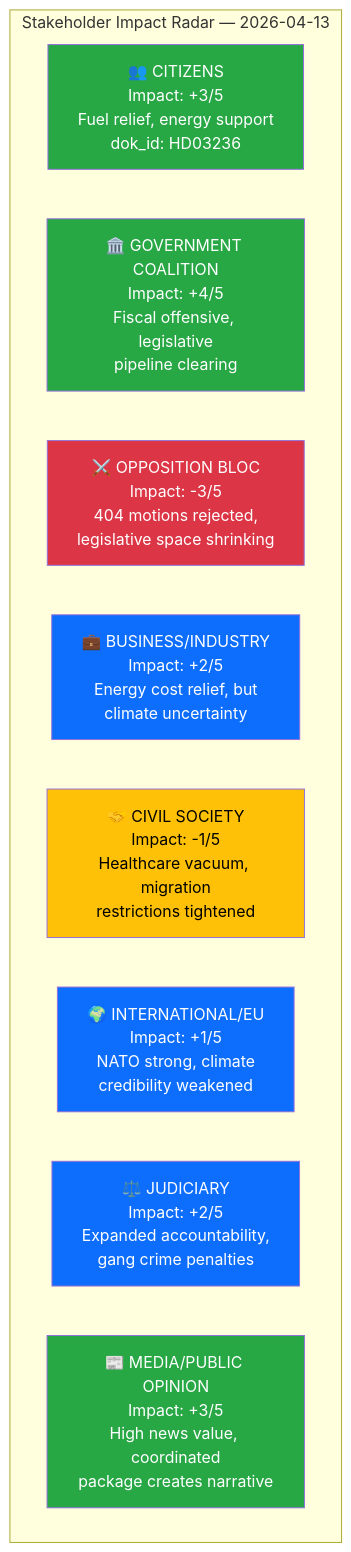
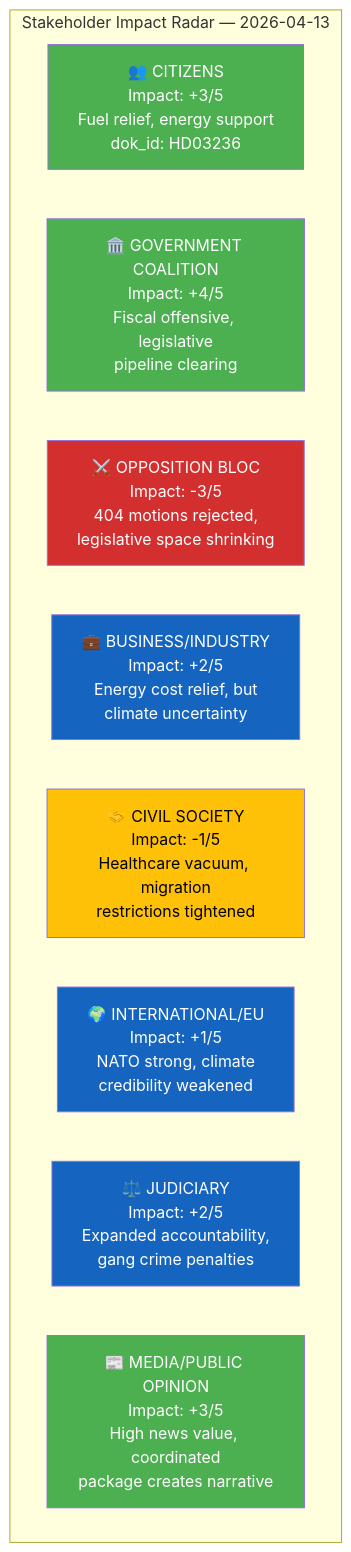
One commit to Hack23/riksdagsmonitor changed the diagram in analysis/daily/2026-04-13/evening-analysis/stakeholder-perspectives.md. Above: the diagram before and after it, drawn with Mermaid. The commit also changed 785 other files, not shown here.

First line of the commit message:
Normalize mermaid colors across 786 analysis artifacts to ISMS Style Guide palette

````diff
--- a/analysis/daily/2026-04-13/evening-analysis/stakeholder-perspectives.md
+++ b/analysis/daily/2026-04-13/evening-analysis/stakeholder-perspectives.md
@@ -16,21 +16,21 @@
 ```mermaid
 graph TD
     subgraph "Stakeholder Impact Radar — 2026-04-13"
         CIT["👥 CITIZENS<br/>Impact: +3/5<br/>Fuel relief, energy support<br/>dok_id: HD03236"]
         GOV["🏛️ GOVERNMENT COALITION<br/>Impact: +4/5<br/>Fiscal offensive, legislative<br/>pipeline clearing"]
         OPP["⚔️ OPPOSITION BLOC<br/>Impact: -3/5<br/>404 motions rejected,<br/>legislative space shrinking"]
         BIZ["💼 BUSINESS/INDUSTRY<br/>Impact: +2/5<br/>Energy cost relief, but<br/>climate uncertainty"]
         CIV["🤝 CIVIL SOCIETY<br/>Impact: -1/5<br/>Healthcare vacuum, migration<br/>restrictions tightened"]
         INT["🌍 INTERNATIONAL/EU<br/>Impact: +1/5<br/>NATO strong, climate<br/>credibility weakened"]
         JUD["⚖️ JUDICIARY<br/>Impact: +2/5<br/>Expanded accountability,<br/>gang crime penalties"]
         MED["📰 MEDIA/PUBLIC OPINION<br/>Impact: +3/5<br/>High news value, coordinated<br/>package creates narrative"]
     end
-    style CIT fill:#28a745,color:#fff
-    style GOV fill:#28a745,color:#fff
-    style OPP fill:#dc3545,color:#fff
-    style BIZ fill:#0d6efd,color:#fff
-    style CIV fill:#ffc107,color:#000
-    style INT fill:#0d6efd,color:#fff
-    style JUD fill:#0d6efd,color:#fff
-    style MED fill:#28a745,color:#fff
+    style CIT fill:#4CAF50,color:#FFFFFF
+    style GOV fill:#4CAF50,color:#FFFFFF
+    style OPP fill:#D32F2F,color:#FFFFFF
+    style BIZ fill:#1565C0,color:#FFFFFF
+    style CIV fill:#FFC107,color:#000000
+    style INT fill:#1565C0,color:#FFFFFF
+    style JUD fill:#1565C0,color:#FFFFFF
+    style MED fill:#4CAF50,color:#FFFFFF
 ```
````
